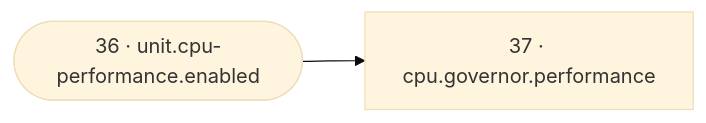
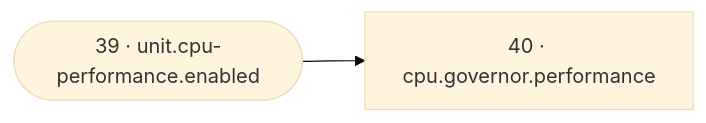
One commit to SixFive7/FrameLink changed the tenth of 21 diagrams in reference/reconcile-dag.md. Above: the diagram before and after it, drawn with Mermaid (base theme). The commit also changed other lines of this file and 12 other files, not shown here.

````diff
--- a/reference/reconcile-dag.md
+++ b/reference/reconcile-dag.md
@@ -365,6 +374,6 @@
 ```mermaid
 flowchart LR
-  r37["37 · cpu.governor.performance"]
-  r36(["36 · unit.cpu-performance.enabled"])
-  r36 --> r37
+  r40["40 · cpu.governor.performance"]
+  r39(["39 · unit.cpu-performance.enabled"])
+  r39 --> r40
 ```
````
